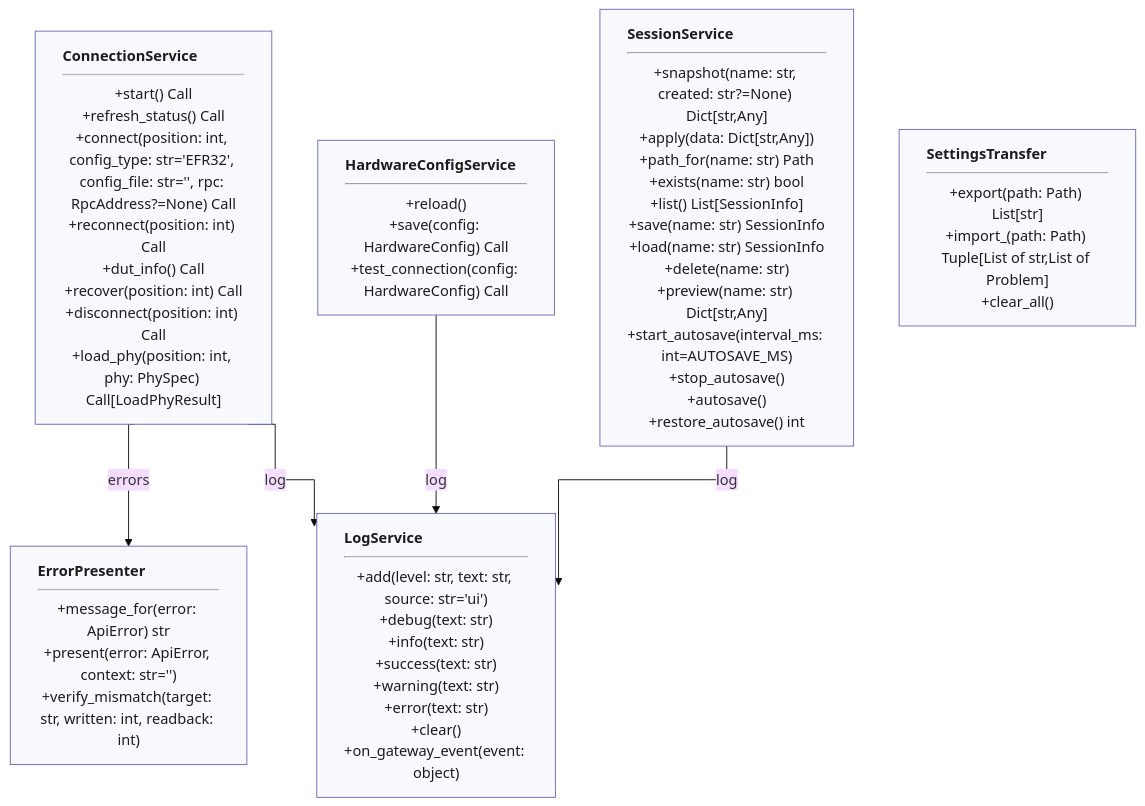
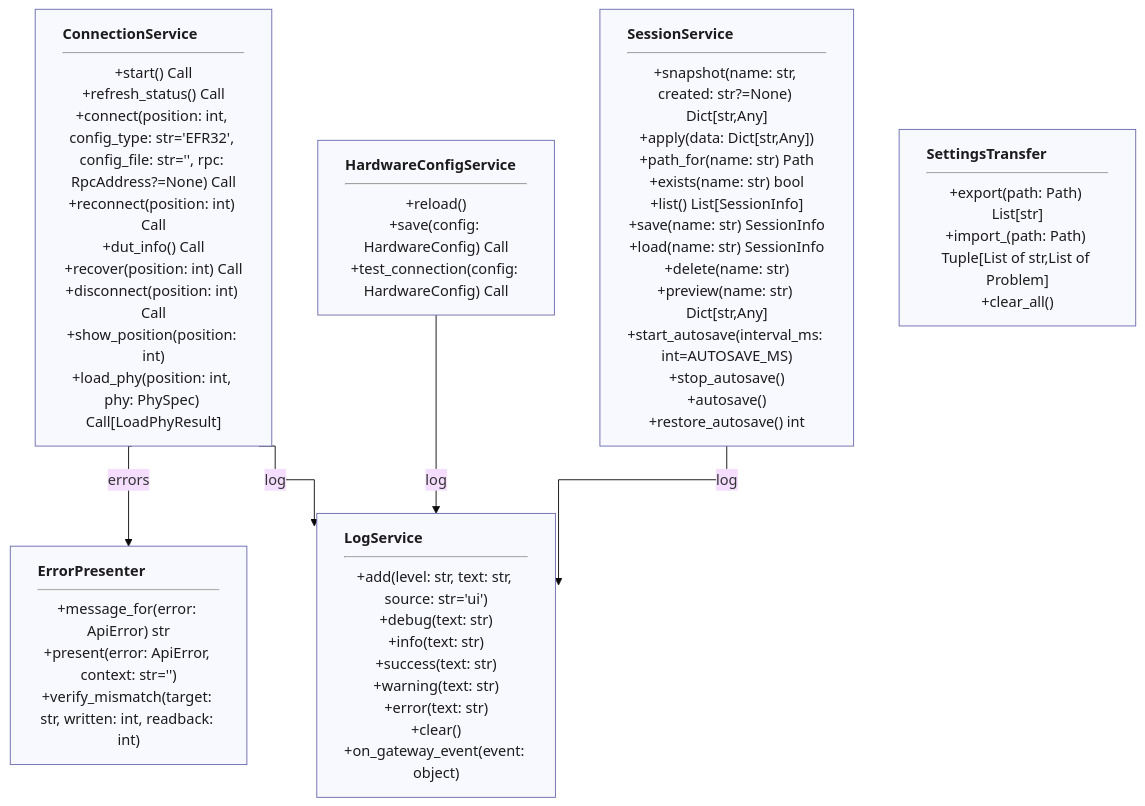
Diagram 22 of 30 in docs/ARCHITECTURE.md (ShoyonK/sample_ui), drawn with Mermaid (base theme) before and after one commit. The commit also changed other lines of this file and 597 other files, not shown here.

````diff
--- a/docs/ARCHITECTURE.md
+++ b/docs/ARCHITECTURE.md
@@ -794,16 +794,16 @@
 ```mermaid
 %%{init: {"flowchart": {"curve": "stepAfter"}}}%%
 flowchart TB
     classDef box text-align:left,fill:#f8f8ff,stroke:#6a6ab0,color:#1c1c1c
     classDef stub fill:#ffffff,stroke:#6a6ab0,stroke-dasharray:4 3,color:#1c1c1c
-    ConnectionService["<b>ConnectionService</b><hr/>+start() Call<br/>+refresh_status() Call<br/>+connect(position: int, config_type: str='EFR32', config_file: str='', rpc: RpcAddress?=None) Call<br/>+reconnect(position: int) Call<br/>+dut_info() Call<br/>+recover(position: int) Call<br/>+disconnect(position: int) Call<br/>+load_phy(position: int, phy: PhySpec) Call[LoadPhyResult]"]:::box
+    ConnectionService["<b>ConnectionService</b><hr/>+start() Call<br/>+refresh_status() Call<br/>+connect(position: int, config_type: str='EFR32', config_file: str='', rpc: RpcAddress?=None) Call<br/>+reconnect(position: int) Call<br/>+dut_info() Call<br/>+recover(position: int) Call<br/>+disconnect(position: int) Call<br/>+show_position(position: int)<br/>+load_phy(position: int, phy: PhySpec) Call[LoadPhyResult]"]:::box
     HardwareConfigService["<b>HardwareConfigService</b><hr/>+reload()<br/>+save(config: HardwareConfig) Call<br/>+test_connection(config: HardwareConfig) Call"]:::box
     SessionService["<b>SessionService</b><hr/>+snapshot(name: str, created: str?=None) Dict[str,Any]<br/>+apply(data: Dict[str,Any])<br/>+path_for(name: str) Path<br/>+exists(name: str) bool<br/>+list() List[SessionInfo]<br/>+save(name: str) SessionInfo<br/>+load(name: str) SessionInfo<br/>+delete(name: str)<br/>+preview(name: str) Dict[str,Any]<br/>+start_autosave(interval_ms: int=AUTOSAVE_MS)<br/>+stop_autosave()<br/>+autosave()<br/>+restore_autosave() int"]:::box
     SettingsTransfer["<b>SettingsTransfer</b><hr/>+export(path: Path) List[str]<br/>+import_(path: Path) Tuple[List of str,List of Problem]<br/>+clear_all()"]:::box
     ErrorPresenter["<b>ErrorPresenter</b><hr/>+message_for(error: ApiError) str<br/>+present(error: ApiError, context: str='')<br/>+verify_mismatch(target: str, written: int, readback: int)"]:::box
     LogService["<b>LogService</b><hr/>+add(level: str, text: str, source: str='ui')<br/>+debug(text: str)<br/>+info(text: str)<br/>+success(text: str)<br/>+warning(text: str)<br/>+error(text: str)<br/>+clear()<br/>+on_gateway_event(event: object)"]:::box
     ConnectionService -->|"errors"| ErrorPresenter
     ConnectionService -->|"log"| LogService
     HardwareConfigService -->|"log"| LogService
     SessionService -->|"log"| LogService
 ```
````
